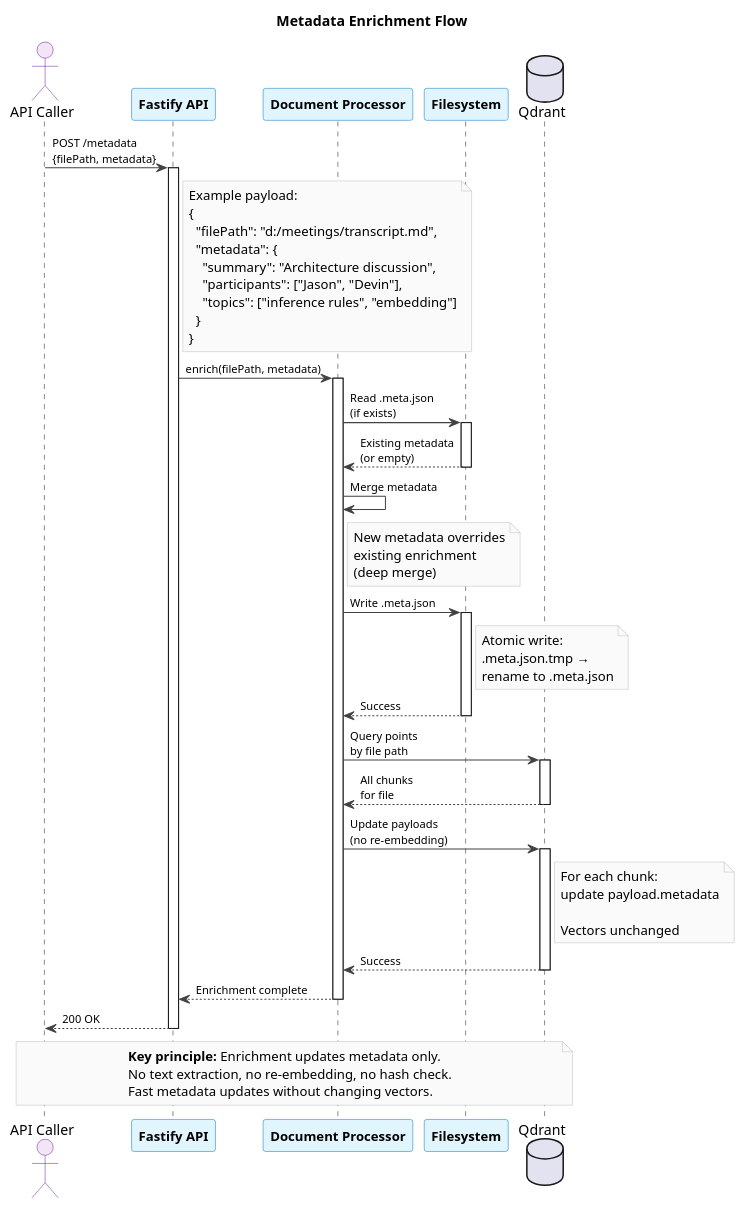
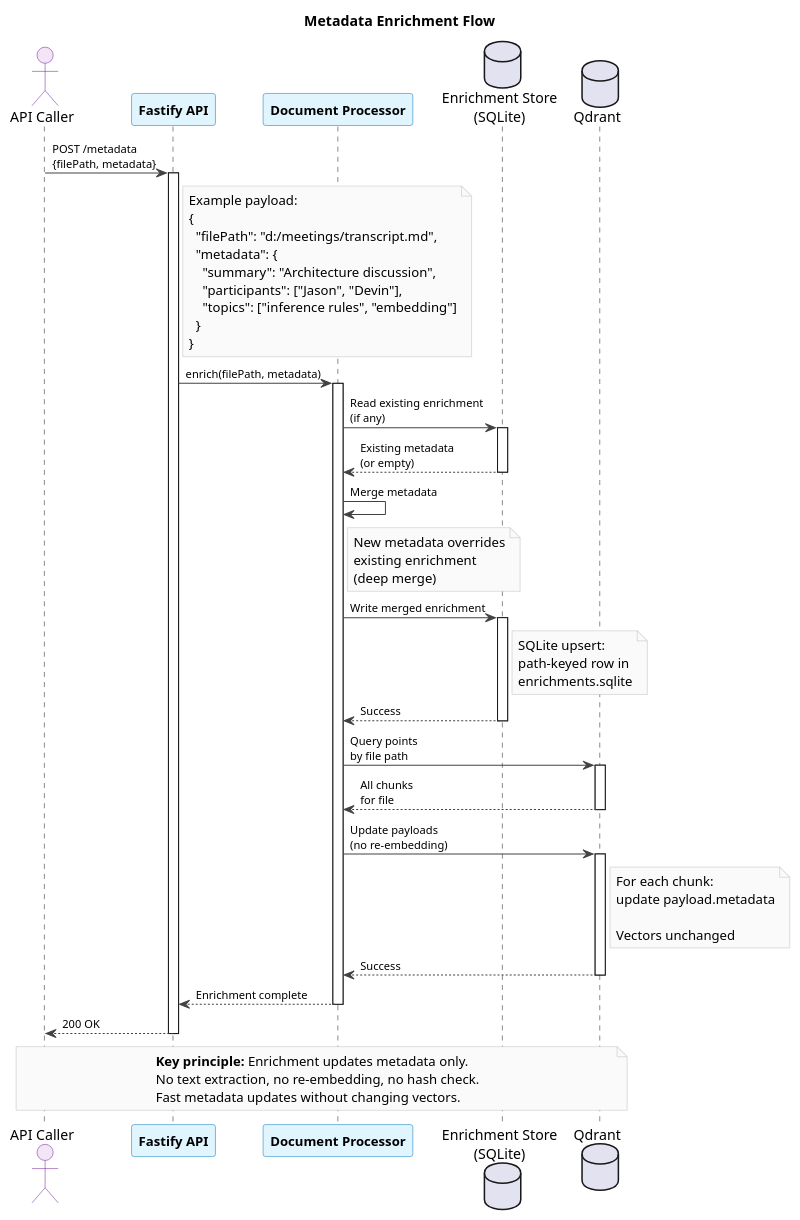
Before and after one commit to karmaniverous/jeeves-watcher: the diagram in packages/service/diagrams/metadata-enrichment.pu, drawn with PlantUML. The commit also changed 6 other files, not shown here.

First line of the commit message:
docs: sync all documentation and diagrams with implementation

```diff
--- a/packages/service/diagrams/metadata-enrichment.pu
+++ b/packages/service/diagrams/metadata-enrichment.pu
@@ -1,91 +1,91 @@
 @startuml metadata-enrichment
 
 skinparam backgroundColor #FFFFFF
 skinparam sequenceParticipantBackgroundColor #E1F5FE
 skinparam sequenceParticipantBorderColor #0277BD
 skinparam sequenceParticipantFontSize 13
 skinparam sequenceParticipantFontStyle bold
 skinparam sequenceActorBackgroundColor #F3E5F5
 skinparam sequenceActorBorderColor #6A1B9A
 skinparam ArrowColor #424242
 skinparam ArrowFontSize 11
 skinparam NoteBorderColor #BDBDBD
 skinparam NoteBackgroundColor #FAFAFA
 
 title Metadata Enrichment Flow
 
 actor "API Caller" as CALLER
 participant "Fastify API" as API
 participant "Document Processor" as PROC
-participant "Filesystem" as FS
+database "Enrichment Store\n(SQLite)" as ES
 database "Qdrant" as QD
 
 CALLER -> API : POST /metadata\n{filePath, metadata}
 
 activate API
 note right of API
   Example payload:
   {
     "filePath": "d:/meetings/transcript.md",
     "metadata": {
       "summary": "Architecture discussion",
       "participants": ["Jason", "Devin"],
       "topics": ["inference rules", "embedding"]
     }
   }
 end note
 
 API -> PROC : enrich(filePath, metadata)
 activate PROC
 
-PROC -> FS : Read .meta.json\n(if exists)
-activate FS
-FS --> PROC : Existing metadata\n(or empty)
-deactivate FS
+PROC -> ES : Read existing enrichment\n(if any)
+activate ES
+ES --> PROC : Existing metadata\n(or empty)
+deactivate ES
 
 PROC -> PROC : Merge metadata
 note right of PROC
   New metadata overrides
   existing enrichment
   (deep merge)
 end note
 
-PROC -> FS : Write .meta.json
-activate FS
-note right of FS
-  Atomic write:
-  .meta.json.tmp →
-  rename to .meta.json
+PROC -> ES : Write merged enrichment
+activate ES
+note right of ES
+  SQLite upsert:
+  path-keyed row in
+  enrichments.sqlite
 end note
-FS --> PROC : Success
-deactivate FS
+ES --> PROC : Success
+deactivate ES
 
 PROC -> QD : Query points\nby file path
 activate QD
 QD --> PROC : All chunks\nfor file
 deactivate QD
 
 PROC -> QD : Update payloads\n(no re-embedding)
 activate QD
 note right of QD
   For each chunk:
   update payload.metadata
   
   Vectors unchanged
 end note
 QD --> PROC : Success
 deactivate QD
 
 PROC --> API : Enrichment complete
 deactivate PROC
 
 API --> CALLER : 200 OK
 deactivate API
 
 note over CALLER, QD
   **Key principle:** Enrichment updates metadata only.
   No text extraction, no re-embedding, no hash check.
   Fast metadata updates without changing vectors.
 end note
 
 @enduml
```
